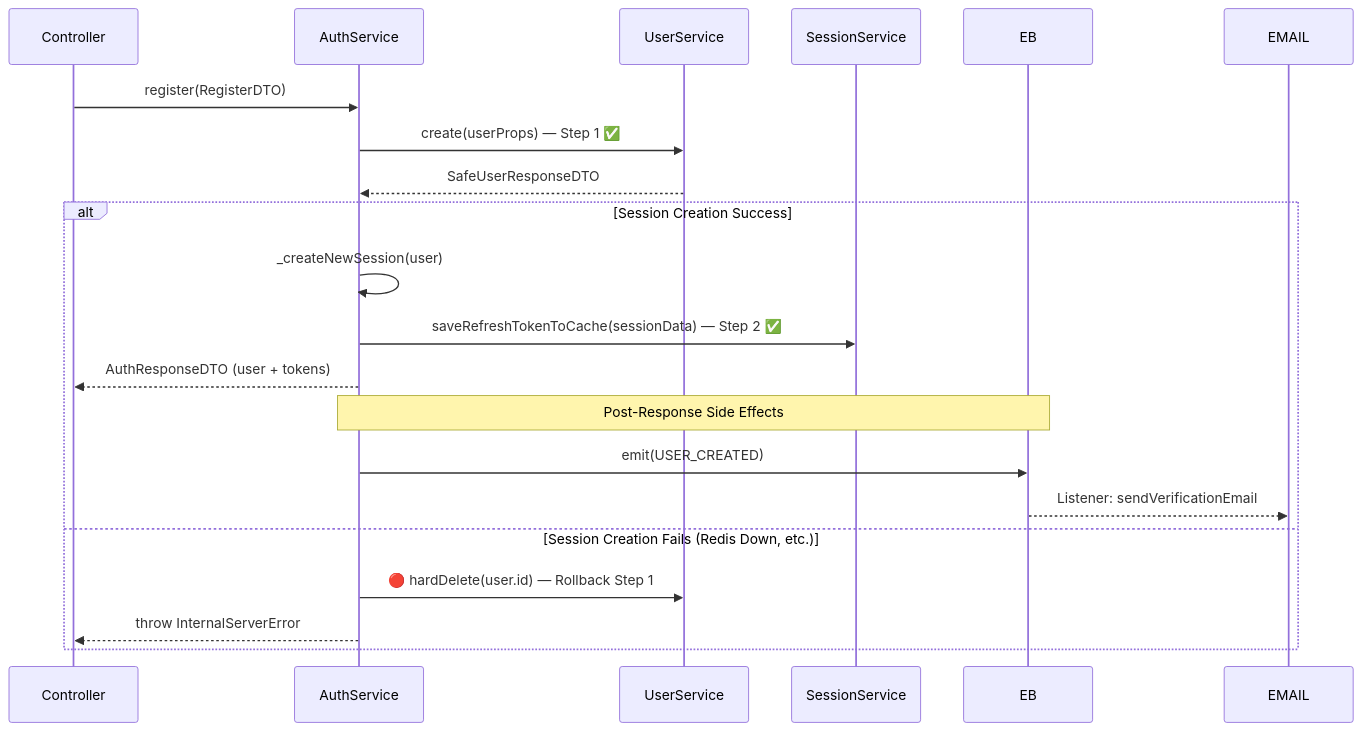
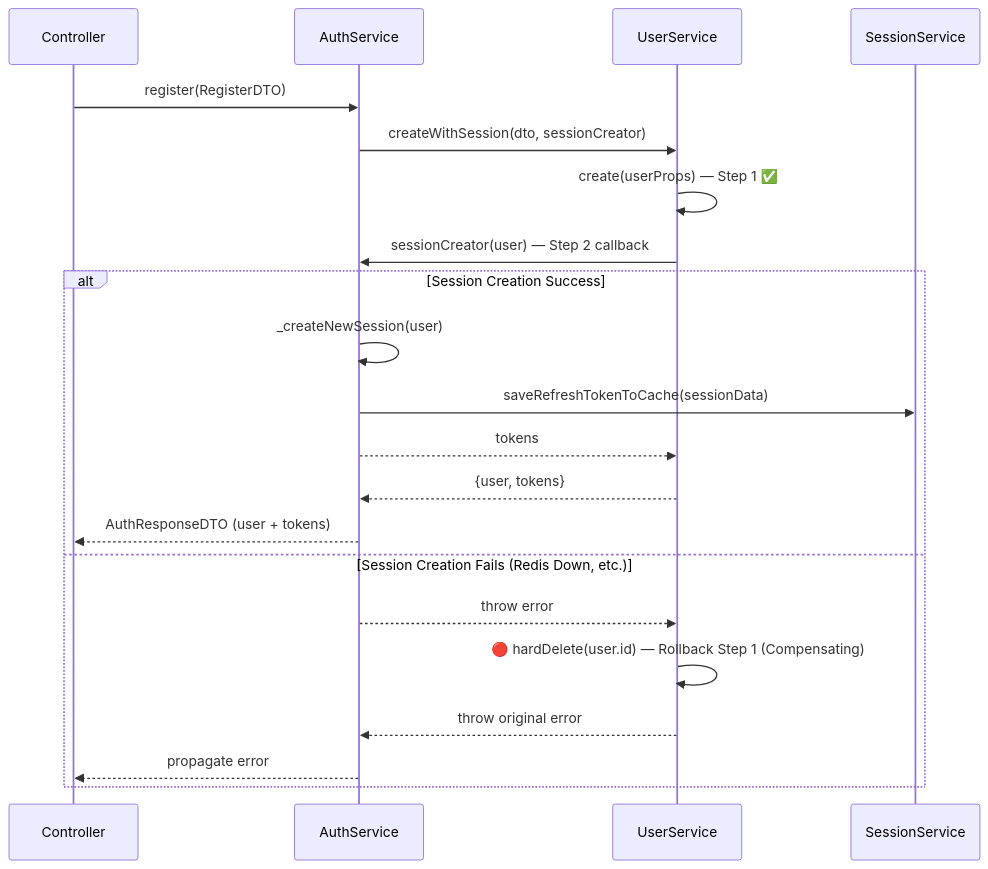
One commit to SangHynh/atomecom changed the second of 9 diagrams in server/src/modules/auth/README.md. Above: the diagram before and after it, drawn with Mermaid. The commit also changed other lines of this file and 4 other files, not shown here.

Commit message:
fix(server): update auth and user services, README docs, and jest config

````diff
--- a/server/src/modules/auth/README.md
+++ b/server/src/modules/auth/README.md
@@ -122,23 +122,27 @@
 ```mermaid
 sequenceDiagram
     participant C as Controller
     participant AS as AuthService
     participant US as UserService
     participant SS as SessionService
 
     C->>AS: register(RegisterDTO)
-    AS->>US: create(userProps) — Step 1 ✅
-    US-->>AS: SafeUserResponseDTO
-
+    AS->>US: createWithSession(dto, sessionCreator)
+    
+    US->>US: create(userProps) — Step 1 ✅
+    
+    US->>AS: sessionCreator(user) — Step 2 callback
+    
     alt Session Creation Success
         AS->>AS: _createNewSession(user)
-        AS->>SS: saveRefreshTokenToCache(sessionData) — Step 2 ✅
+        AS->>SS: saveRefreshTokenToCache(sessionData)
+        AS-->>US: tokens
+        US-->>AS: {user, tokens}
         AS-->>C: AuthResponseDTO (user + tokens)
-        Note over AS, EB: Post-Response Side Effects
-        AS->>EB: emit(USER_CREATED)
-        EB-->>EMAIL: Listener: sendVerificationEmail
     else Session Creation Fails (Redis Down, etc.)
-        AS->>US: 🔴 hardDelete(user.id) — Rollback Step 1
-        AS-->>C: throw InternalServerError
+        AS-->>US: throw error
+        US->>US: 🔴 hardDelete(user.id) — Rollback Step 1 (Compensating)
+        US-->>AS: throw original error
+        AS-->>C: propagate error
     end
 ```
````
